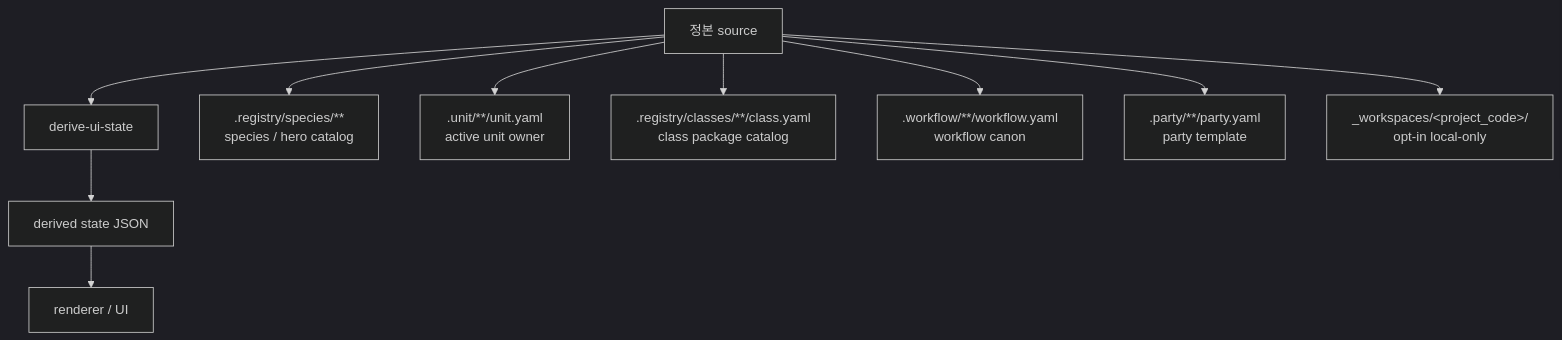
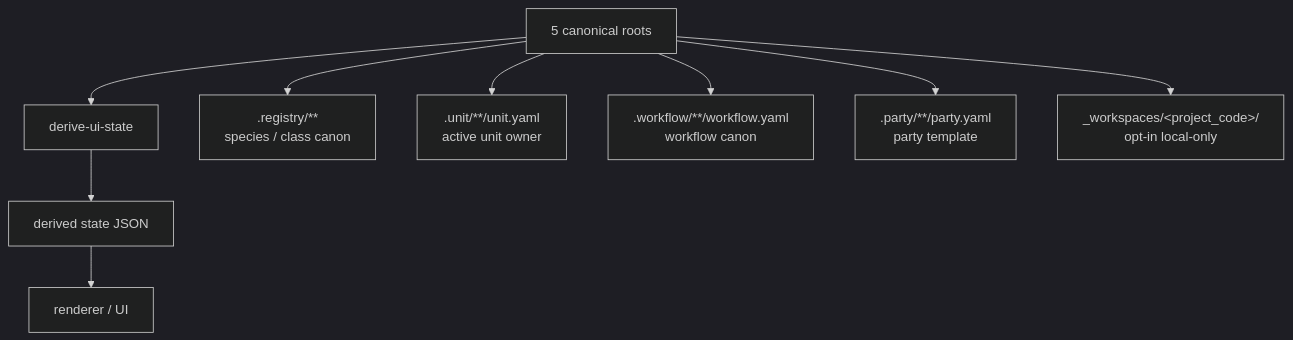
The diagram in docs/architecture/ui/UI_SOURCE_MAP.md (SungYongMOON/soulforge), drawn with Mermaid (dark theme) before and after one commit. The commit also changed other lines of this file and 18 other files, not shown here.

````diff
--- a/docs/architecture/ui/UI_SOURCE_MAP.md
+++ b/docs/architecture/ui/UI_SOURCE_MAP.md
@@ -17,12 +18,11 @@
 ```mermaid
 flowchart TD
-  SRC["정본 source"] --> DR["derive-ui-state"]
+  SRC["5 canonical roots"] --> DR["derive-ui-state"]
   DR --> DS["derived state JSON"]
   DS --> UI["renderer / UI"]
-  SRC --> A[".registry/species/**<br/>species / hero catalog"]
+  SRC --> A[".registry/**<br/>species / class canon"]
   SRC --> U[".unit/**/unit.yaml<br/>active unit owner"]
-  SRC --> C[".registry/classes/**/class.yaml<br/>class package catalog"]
   SRC --> W[".workflow/**/workflow.yaml<br/>workflow canon"]
   SRC --> P[".party/**/party.yaml<br/>party template"]
   SRC --> X["_workspaces/&lt;project_code&gt;/<br/>opt-in local-only"]
 ```
````
